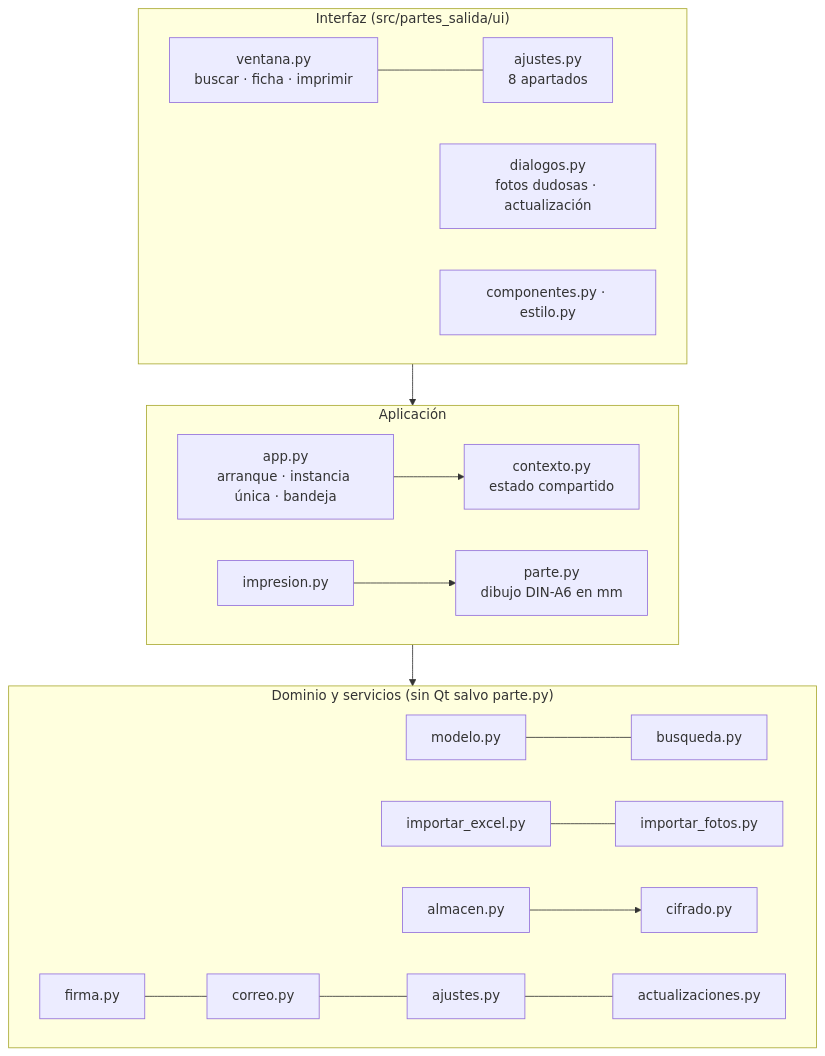
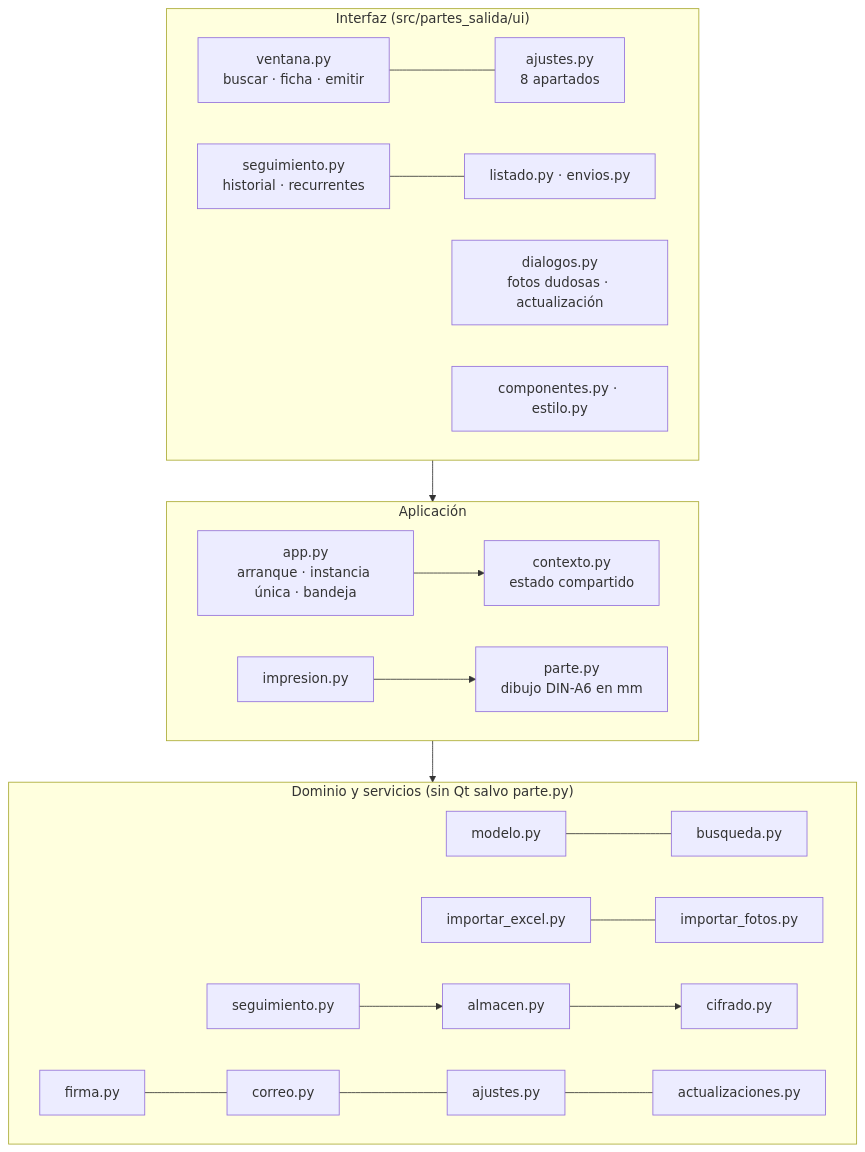
One commit to cferrerobonet/partes_salida changed the first of 2 diagrams in docs/ARQUITECTURA.md. Above: the diagram before and after it, drawn with Mermaid. The commit also changed other lines of this file and 37 other files, not shown here.

Commit message:
feat: historial de salidas, parte por correo al alumno y partes recurrentes (1.1.0)

````diff
--- a/docs/ARQUITECTURA.md
+++ b/docs/ARQUITECTURA.md
@@ -7,19 +7,21 @@
 ```mermaid
 flowchart TB
   subgraph UI["Interfaz (src/partes_salida/ui)"]
-    V[ventana.py<br>buscar · ficha · imprimir] --- AJ[ajustes.py<br>8 apartados]
+    V[ventana.py<br>buscar · ficha · emitir] --- AJ[ajustes.py<br>8 apartados]
+    SG[seguimiento.py<br>historial · recurrentes] --- L[listado.py · envios.py]
     D[dialogos.py<br>fotos dudosas · actualización]
     C[componentes.py · estilo.py]
   end
   subgraph APP["Aplicación"]
     APPPY[app.py<br>arranque · instancia única · bandeja] --> CTX[contexto.py<br>estado compartido]
     IMP[impresion.py] --> P[parte.py<br>dibujo DIN-A6 en mm]
   end
   subgraph DOM["Dominio y servicios (sin Qt salvo parte.py)"]
     M[modelo.py] --- B[busqueda.py]
     IE[importar_excel.py] --- IF[importar_fotos.py]
     AL[almacen.py] --> CI[cifrado.py]
+    SE[seguimiento.py] --> AL
     F[firma.py] --- CO[correo.py] --- AJS[ajustes.py] --- ACT[actualizaciones.py]
   end
   UI --> APP --> DOM
 ```
````
